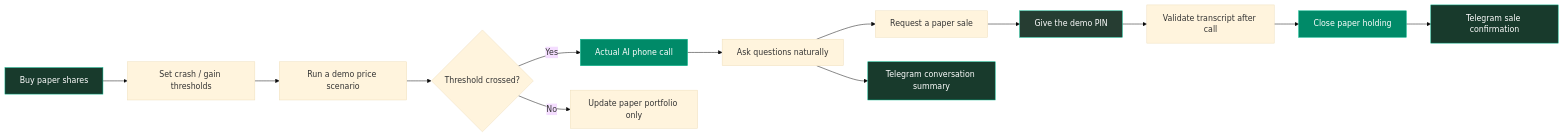
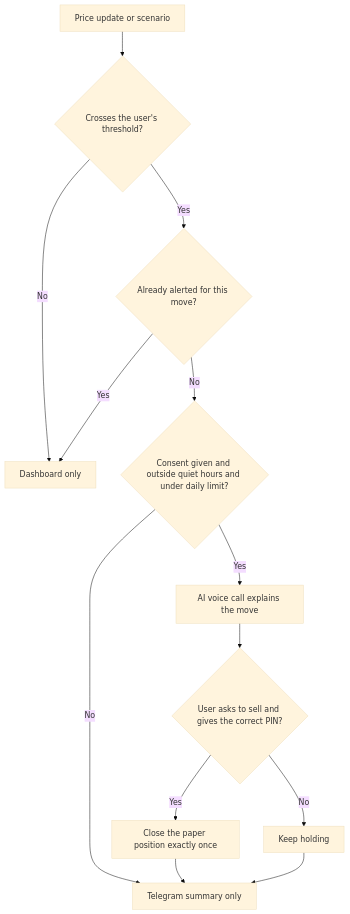
One commit to TanishAggarwall/stock-calling-promptwars changed the diagram in README.md. Above: the diagram before and after it, drawn with Mermaid (base theme). The commit also changed other lines of this file, not shown here.

````diff
--- a/README.md
+++ b/README.md
@@ -88,22 +37,15 @@
 ```mermaid
-flowchart LR
-    A[Buy paper shares] --> B[Set crash / gain thresholds]
-    B --> C[Run a demo price scenario]
-    C --> D{Threshold crossed?}
-    D -- Yes --> E[Actual AI phone call]
-    E --> F[Ask questions naturally]
-    F --> G[Request a paper sale]
-    G --> H[Give the demo PIN]
-    H --> I[Validate transcript after call]
-    I --> J[Close paper holding]
-    F --> K[Telegram conversation summary]
-    J --> L[Telegram sale confirmation]
-    D -- No --> M[Update paper portfolio only]
-
-    style A fill:#183a2c,color:#fff,stroke:#00b58b
-    style E fill:#008a68,color:#fff,stroke:#00b58b
-    style H fill:#263d32,color:#fff,stroke:#00b58b
-    style J fill:#008a68,color:#fff,stroke:#00b58b
-    style K fill:#183a2c,color:#fff,stroke:#00b58b
-    style L fill:#183a2c,color:#fff,stroke:#00b58b
+flowchart TD
+    A[Price update or scenario] --> B{Crosses the user's threshold?}
+    B -- No --> Z[Dashboard only]
+    B -- Yes --> C{Already alerted for this move?}
+    C -- Yes --> Z
+    C -- No --> D{Consent given and outside quiet hours and under daily limit?}
+    D -- No --> T[Telegram summary only]
+    D -- Yes --> E[AI voice call explains the move]
+    E --> F{User asks to sell and gives the correct PIN?}
+    F -- Yes --> G[Close the paper position exactly once]
+    F -- No --> H[Keep holding]
+    G --> T
+    H --> T
 ```
````
